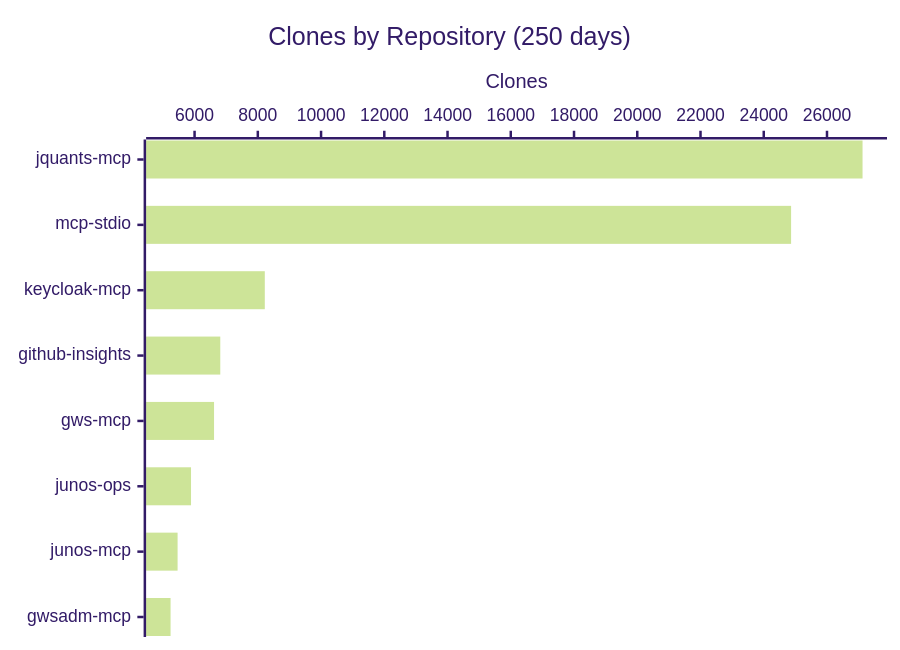
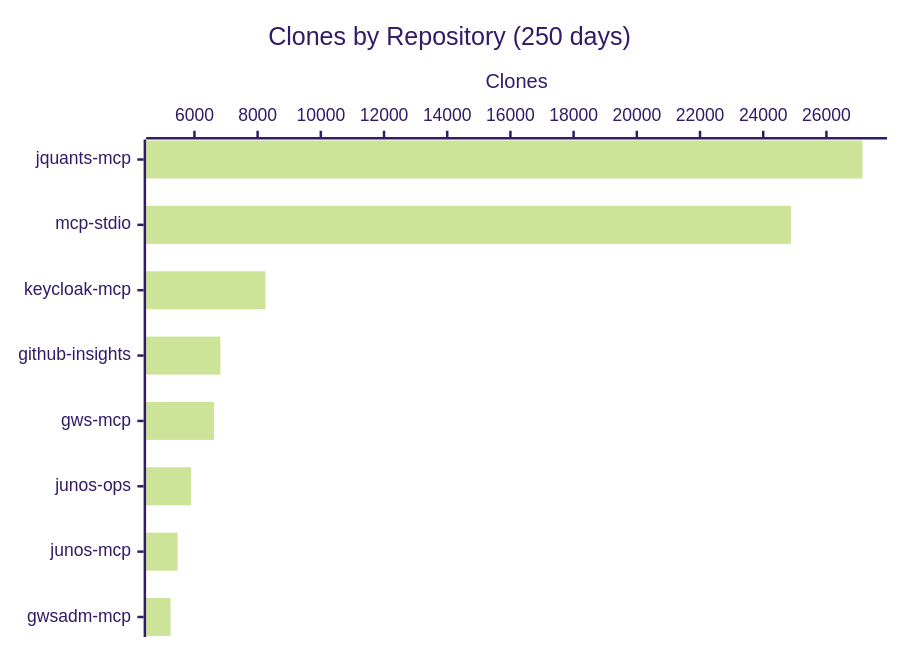
The fourth of 4 diagrams in README.md (shigechika/github-insights), drawn with Mermaid (forest theme) before and after one commit. The commit also changed other lines of this file and 1 other file, not shown here.

````diff
--- a/README.md
+++ b/README.md
@@ -58,7 +58,7 @@
 ```mermaid
 xychart-beta horizontal
     title "Clones by Repository (250 days)"
     x-axis ["jquants-mcp", "mcp-stdio", "keycloak-mcp", "github-insights", "gws-mcp", "junos-ops", "junos-mcp", "gwsadm-mcp"]
     y-axis "Clones"
-    bar [27124, 24865, 8221, 6813, 6616, 5888, 5463, 5241]
+    bar [27143, 24877, 8247, 6822, 6616, 5890, 5468, 5245]
 ```
````
